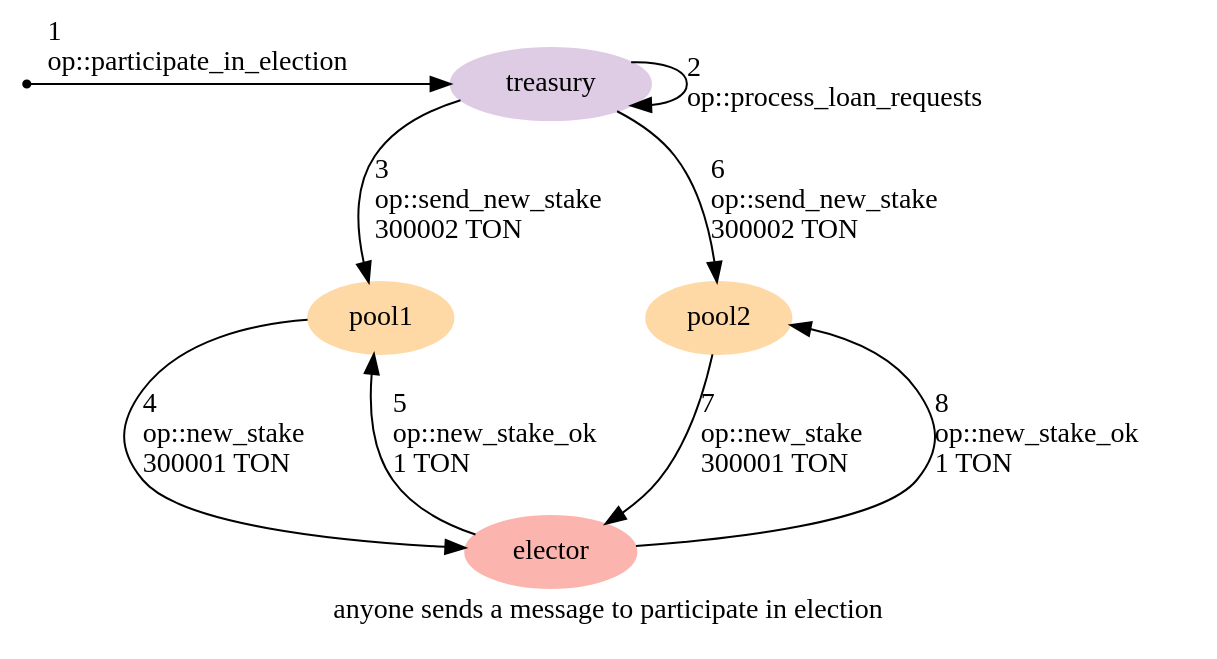
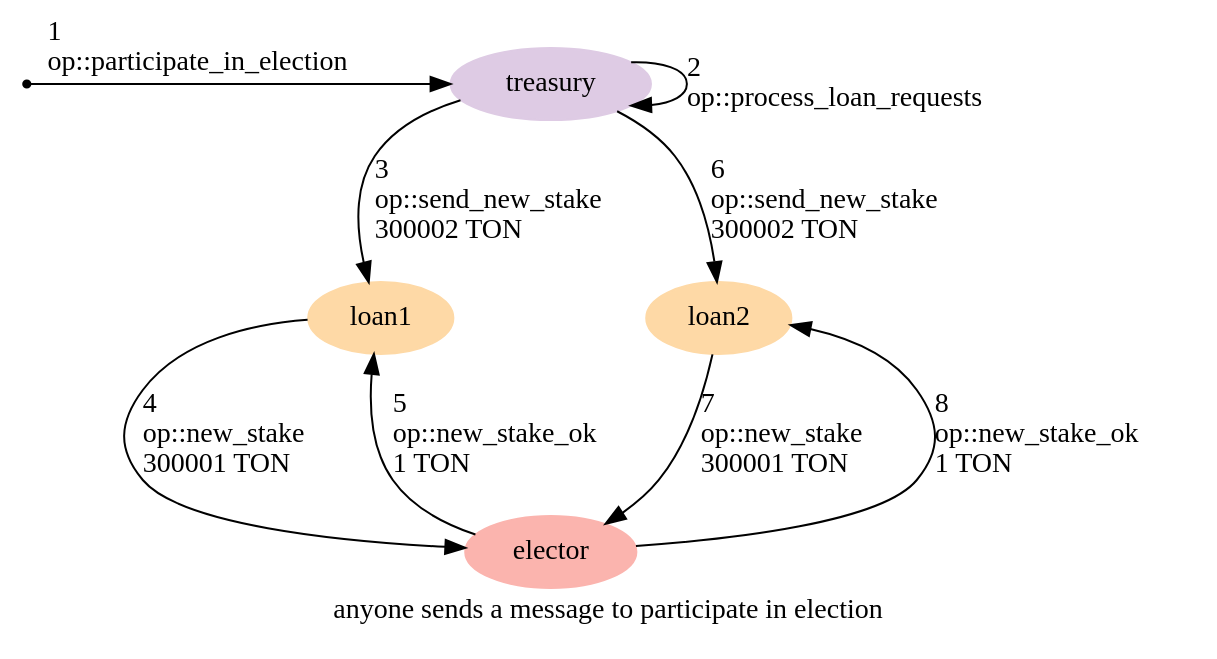
One commit to HipoFinance/contract changed the diagram in graphs/07-participate-in-election.dot. Above: the diagram before and after it, drawn with Graphviz. The commit also changed 10 other files, not shown here.

Commit message:
Rename pool to loan

```diff
--- a/graphs/07-participate-in-election.dot
+++ b/graphs/07-participate-in-election.dot
@@ -1,24 +1,24 @@
 digraph {
     label="anyone sends a message to participate in election"
     node [ colorscheme=pastel19 style=filled ]
 
     /* Entities */
     external [ shape=point ]
     treasury [ color=4 ]
-    pool1, pool2 [ color=5 ]
+    loan1, loan2 [ color=5 ]
     elector [ color=1 ]
 
     /* Relationships */
     external -> treasury [ label="1\l op::participate_in_election\l" ]
     treasury -> treasury [ label="2\l op::process_loan_requests\l" ]
-    treasury -> pool1 [ label="3\l op::send_new_stake\l 300002 TON\l" ]
-    pool1 -> elector [ label="4\l op::new_stake\l 300001 TON\l" ]
-    elector -> pool1 [ label="5\l op::new_stake_ok\l 1 TON\l" ]
-    treasury -> pool2 [ label="6\l op::send_new_stake\l 300002 TON\l" ]
-    pool2 -> elector [ label="7\l op::new_stake\l 300001 TON\l" ]
-    elector -> pool2 [ label="8\l op::new_stake_ok\l 1 TON\l" ]
+    treasury -> loan1 [ label="3\l op::send_new_stake\l 300002 TON\l" ]
+    loan1 -> elector [ label="4\l op::new_stake\l 300001 TON\l" ]
+    elector -> loan1 [ label="5\l op::new_stake_ok\l 1 TON\l" ]
+    treasury -> loan2 [ label="6\l op::send_new_stake\l 300002 TON\l" ]
+    loan2 -> elector [ label="7\l op::new_stake\l 300001 TON\l" ]
+    elector -> loan2 [ label="8\l op::new_stake_ok\l 1 TON\l" ]
 
     /* Ranks */
     { rank=min external treasury }
     { rank=max elector }
 }
```
